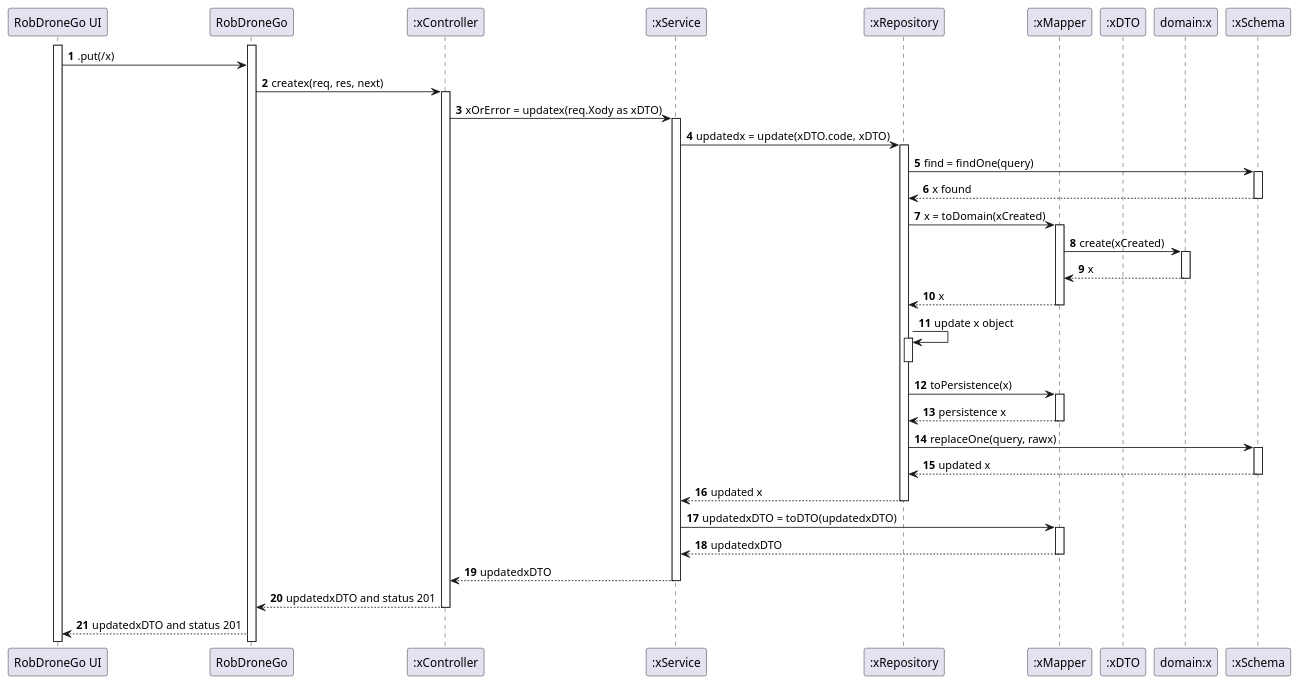
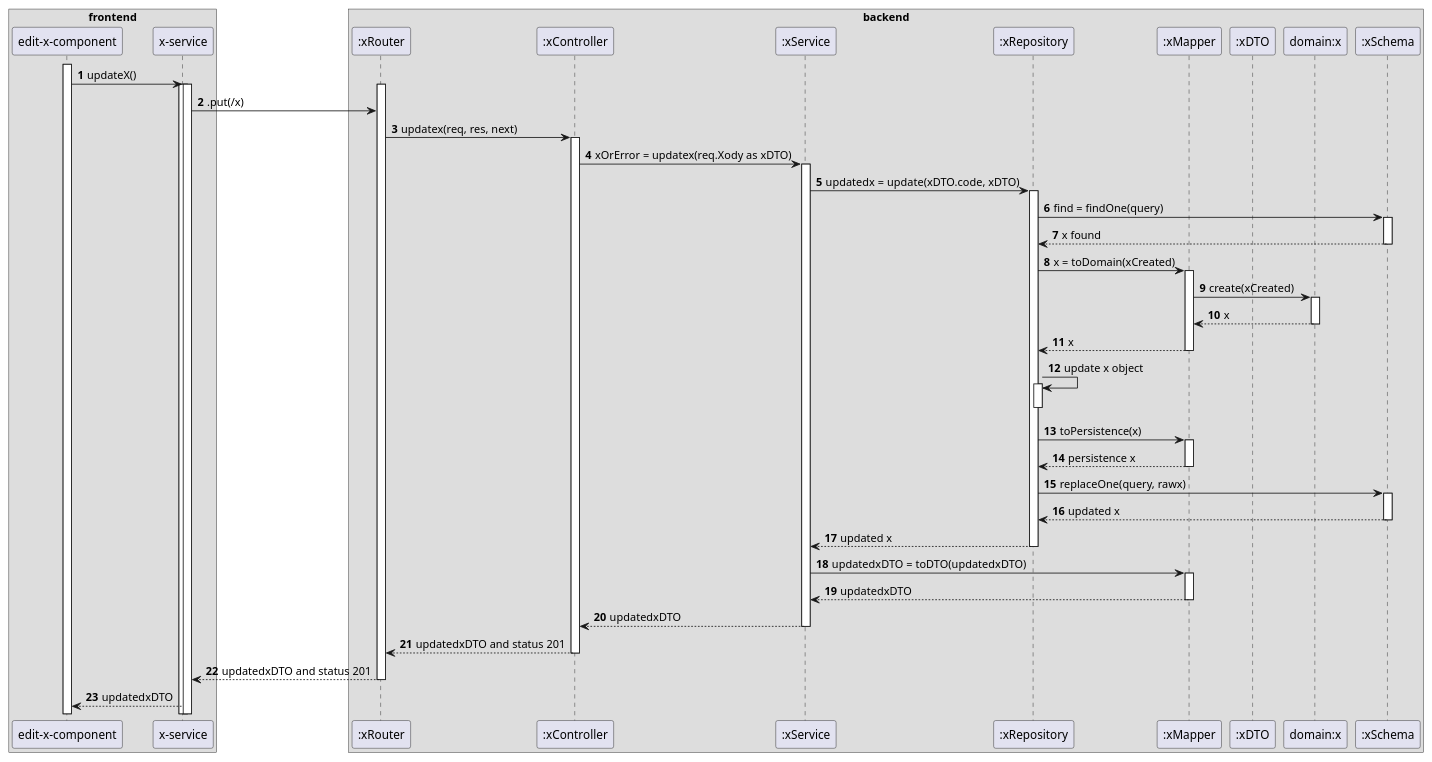
Before and after one commit to mpoboas/sem5-pi-23-24-38: the diagram in docs/nivel3/SSD3PUT.puml, drawn with PlantUML. The commit also changed 32 other files, not shown here.

```diff
--- a/docs/nivel3/SSD3PUT.puml
+++ b/docs/nivel3/SSD3PUT.puml
@@ -1,60 +1,69 @@
-@startuml
+@startuml lvl3
 
 autonumber
-participant "RobDroneGo UI" as UI
-participant "RobDroneGo" as API
+box "frontend"
+participant "edit-x-component" as COM
+participant "x-service" as UI
+box "backend"
+participant ":xRouter" as API
 participant ":xController" as XC
 participant ":xService" as XS
 participant ":xRepository" as XR
 participant ":xMapper" as XM
 participant ":xDTO" as DTO
 participant "domain:x" as X
 participant ":xSchema" as XSchema
 
+activate COM
+
+COM -> UI : updateX()
+activate UI
 
 activate UI
 activate API
 UI -> API : .put(/x)
-API -> XC : createx(req, res, next)
+API -> XC : updatex(req, res, next)
 activate XC
 XC -> XS : xOrError = updatex(req.Xody as xDTO)
 activate XS
 XS -> XR : updatedx = update(xDTO.code, xDTO)
 activate XR
 XR -> XSchema : find = findOne(query)
 activate XSchema
 XSchema --> XR : x found
 deactivate XSchema
 XR -> XM : x = toDomain(xCreated)
 activate XM
 XM -> X : create(xCreated)
 activate X
 X --> XM : x
 deactivate X
 XM --> XR : x
 deactivate XM
 XR -> XR : update x object
 activate XR
 deactivate XR
 XR -> XM : toPersistence(x)
 activate XM
 XM --> XR : persistence x
 deactivate XM
 XR -> XSchema : replaceOne(query, rawx)
 activate XSchema
 XSchema --> XR : updated x
 deactivate XSchema
 XR --> XS : updated x
 deactivate XR
 XS -> XM : updatedxDTO = toDTO(updatedxDTO)
 activate XM
 XM --> XS : updatedxDTO
 deactivate XM
 XS --> XC : updatedxDTO
 deactivate XS
 XC --> API : updatedxDTO and status 201
 deactivate XC
 API --> UI : updatedxDTO and status 201
+deactivate API
+UI --> COM : updatedxDTO
 
 
 @enduml
```
